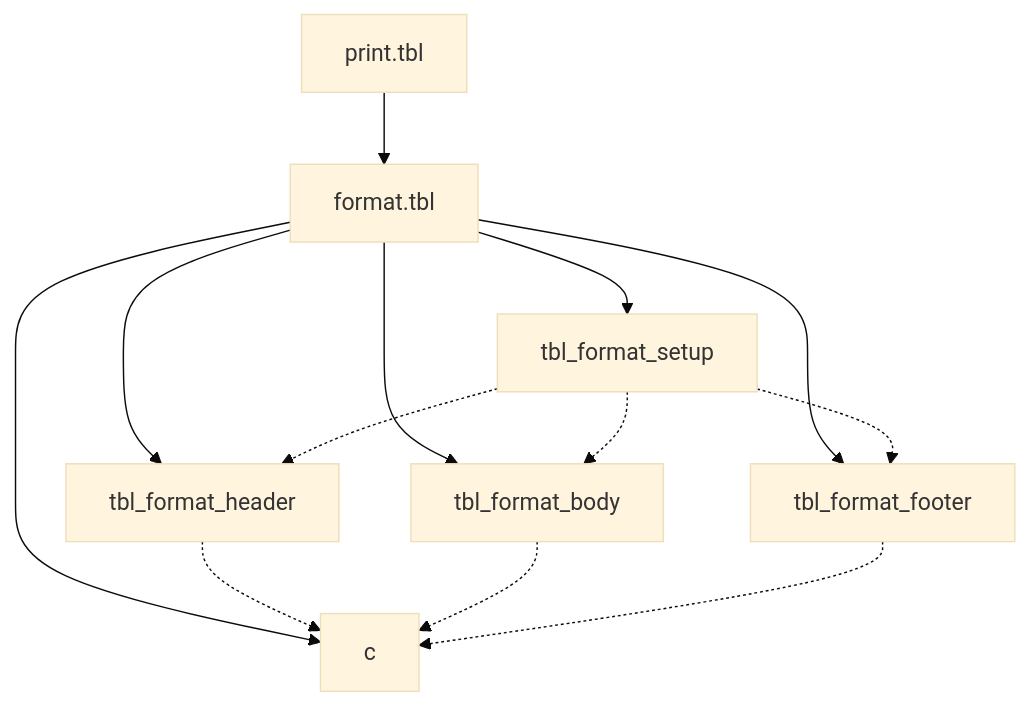
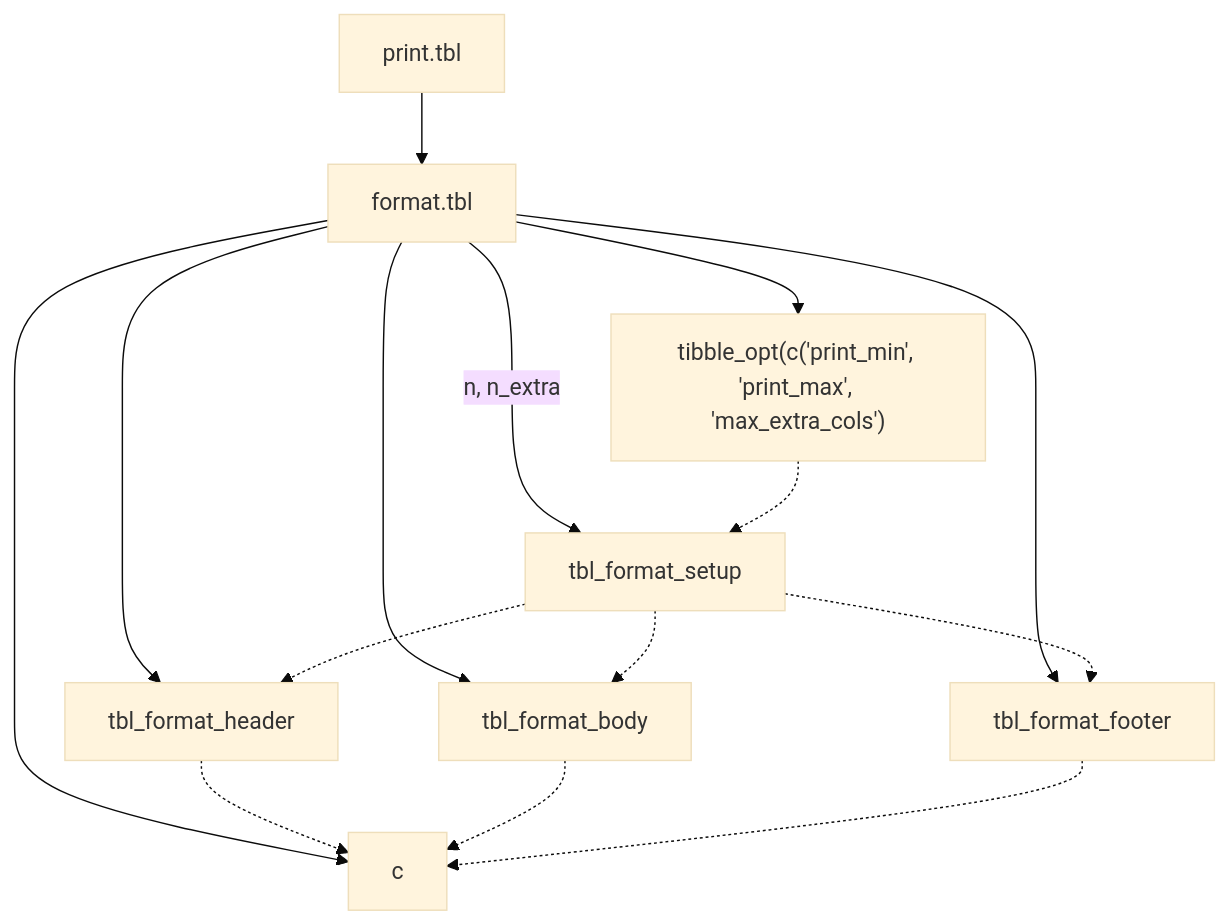
One commit to r-lib/pillar changed the diagram in vignettes/format.mmd. Above: the diagram before and after it, drawn with Mermaid (base theme).

```diff
--- a/vignettes/format.mmd
+++ b/vignettes/format.mmd
@@ -1,13 +1,15 @@
 graph TD
   print.tbl --> format.tbl
-  format.tbl --> tbl_format_setup
+  format.tbl --> opts["tibble_opt(c('print_min', 'print_max', 'max_extra_cols')"]
+  format.tbl -- "n, n_extra" --> tbl_format_setup
+  opts -.-> tbl_format_setup
   format.tbl --> tbl_format_header
   format.tbl --> tbl_format_body
   format.tbl --> tbl_format_footer
   tbl_format_setup -.-> tbl_format_header
   tbl_format_setup -.-> tbl_format_body
   tbl_format_setup -.-> tbl_format_footer
   format.tbl --> c
   tbl_format_header -.-> c
   tbl_format_body -.-> c
   tbl_format_footer -.-> c
```
